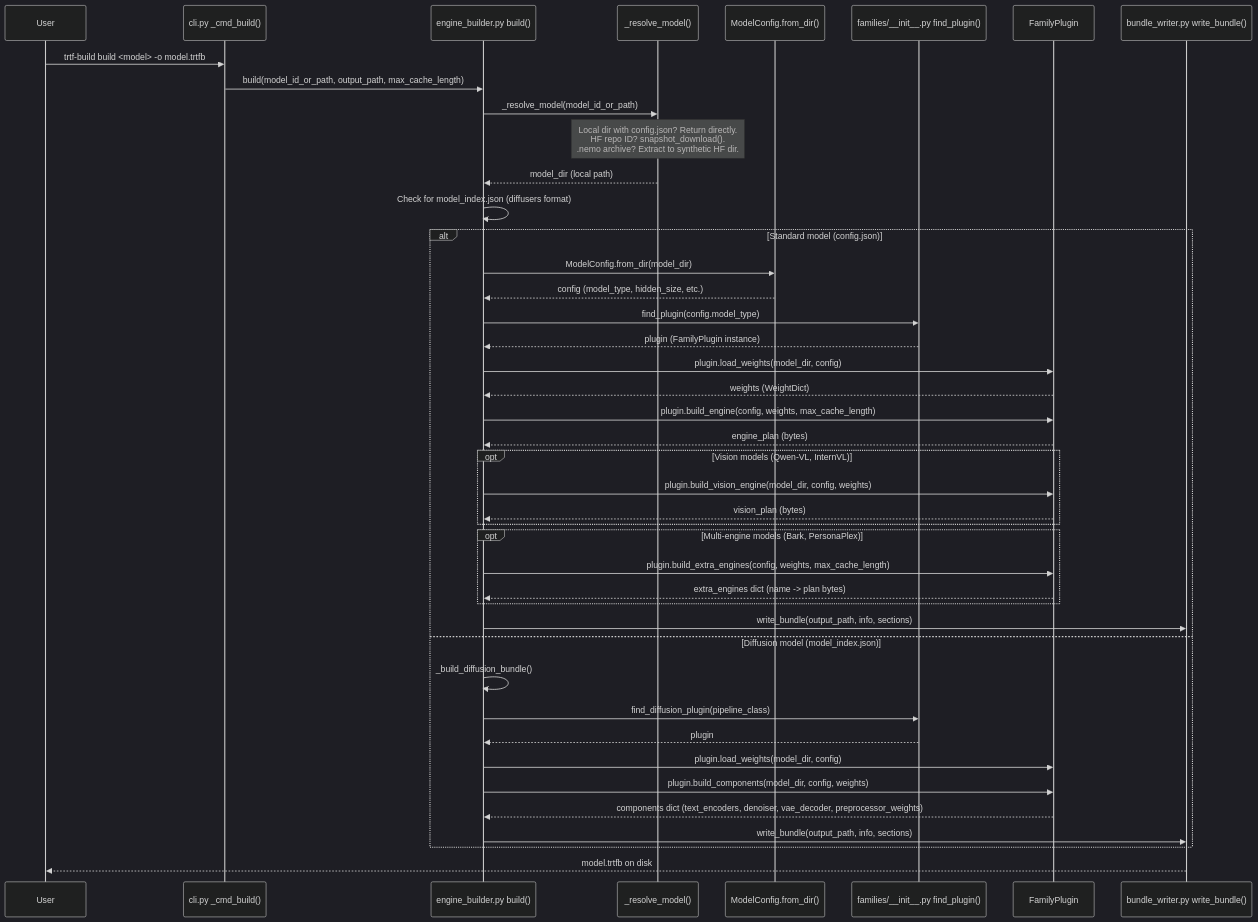
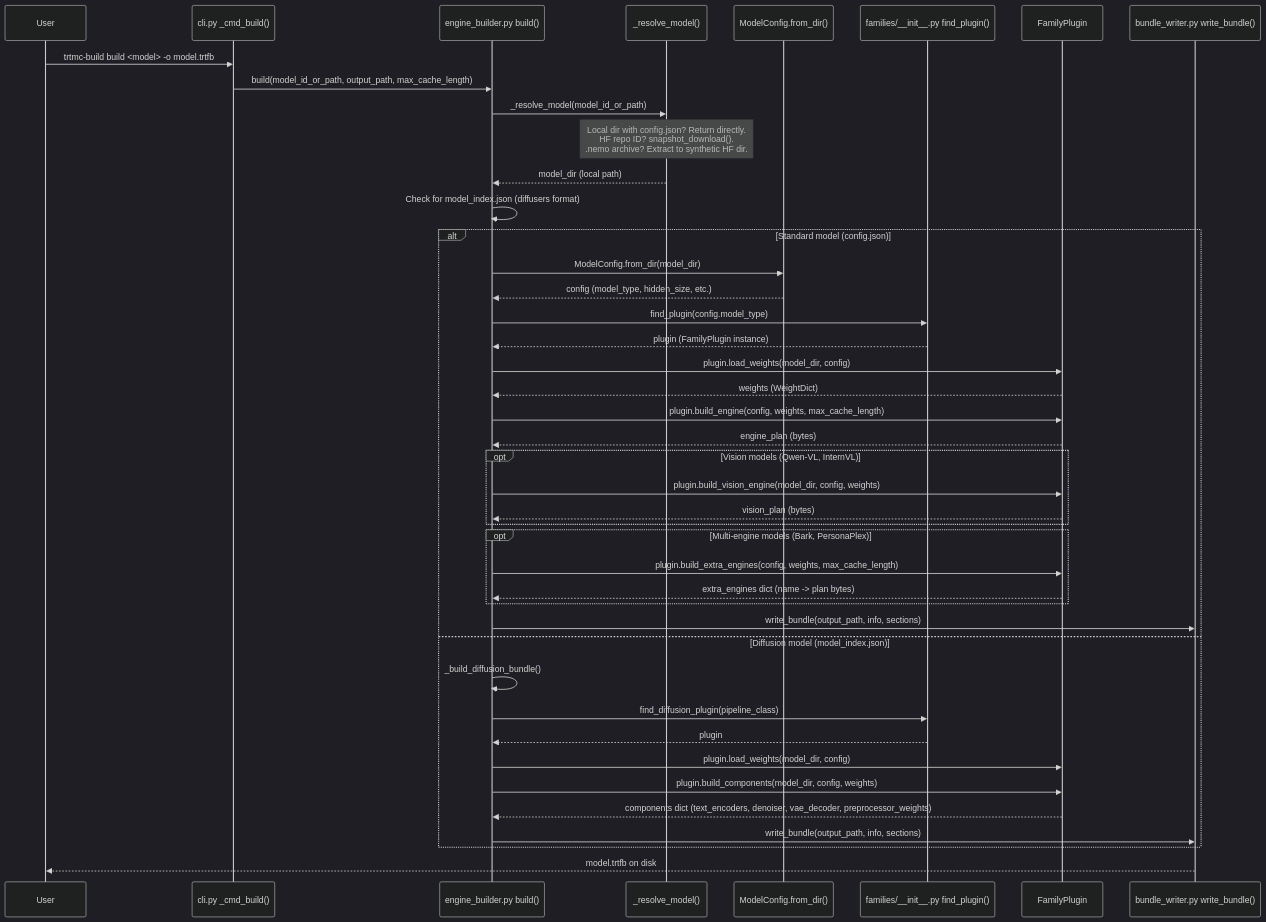
Before and after one commit to AbishekCoder1/TensorRT-Model-Connect: the first of 8 diagrams in docs/wiki/Dynamic-Design.md, drawn with Mermaid (dark theme). The commit also changed other lines of this file and 943 other files, not shown here.

````diff
--- a/docs/wiki/Dynamic-Design.md
+++ b/docs/wiki/Dynamic-Design.md
@@ -27,46 +27,46 @@
 ```mermaid
 sequenceDiagram
     participant User
     participant CLI as cli.py _cmd_build()
     participant EB as engine_builder.py build()
     participant Resolve as _resolve_model()
     participant Config as ModelConfig.from_dir()
     participant Families as families/__init__.py find_plugin()
     participant Plugin as FamilyPlugin
     participant Writer as bundle_writer.py write_bundle()
 
-    User->>CLI: trtf-build build <model> -o model.trtfb
+    User->>CLI: trtmc-build build <model> -o model.trtfb
     CLI->>EB: build(model_id_or_path, output_path, max_cache_length)
     EB->>Resolve: _resolve_model(model_id_or_path)
     Note over Resolve: Local dir with config.json? Return directly.<br/>HF repo ID? snapshot_download().<br/>.nemo archive? Extract to synthetic HF dir.
     Resolve-->>EB: model_dir (local path)
     EB->>EB: Check for model_index.json (diffusers format)
     alt Standard model (config.json)
         EB->>Config: ModelConfig.from_dir(model_dir)
         Config-->>EB: config (model_type, hidden_size, etc.)
         EB->>Families: find_plugin(config.model_type)
         Families-->>EB: plugin (FamilyPlugin instance)
         EB->>Plugin: plugin.load_weights(model_dir, config)
         Plugin-->>EB: weights (WeightDict)
         EB->>Plugin: plugin.build_engine(config, weights, max_cache_length)
         Plugin-->>EB: engine_plan (bytes)
         opt Vision models (Qwen-VL, InternVL)
             EB->>Plugin: plugin.build_vision_engine(model_dir, config, weights)
             Plugin-->>EB: vision_plan (bytes)
         end
         opt Multi-engine models (Bark, PersonaPlex)
             EB->>Plugin: plugin.build_extra_engines(config, weights, max_cache_length)
             Plugin-->>EB: extra_engines dict (name -> plan bytes)
         end
         EB->>Writer: write_bundle(output_path, info, sections)
     else Diffusion model (model_index.json)
         EB->>EB: _build_diffusion_bundle()
         EB->>Families: find_diffusion_plugin(pipeline_class)
         Families-->>EB: plugin
         EB->>Plugin: plugin.load_weights(model_dir, config)
         EB->>Plugin: plugin.build_components(model_dir, config, weights)
         Plugin-->>EB: components dict (text_encoders, denoiser, vae_decoder, preprocessor_weights)
         EB->>Writer: write_bundle(output_path, info, sections)
     end
     Writer-->>User: model.trtfb on disk
 ```
````
